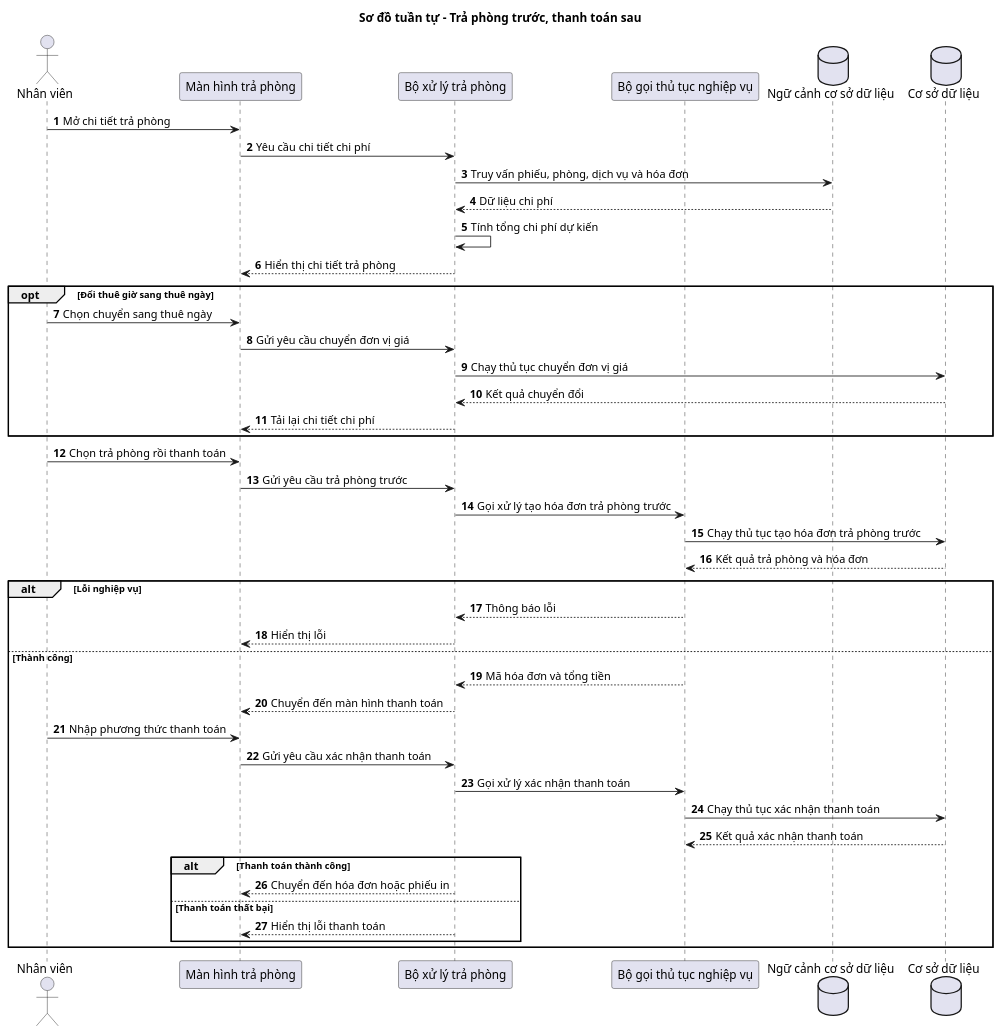
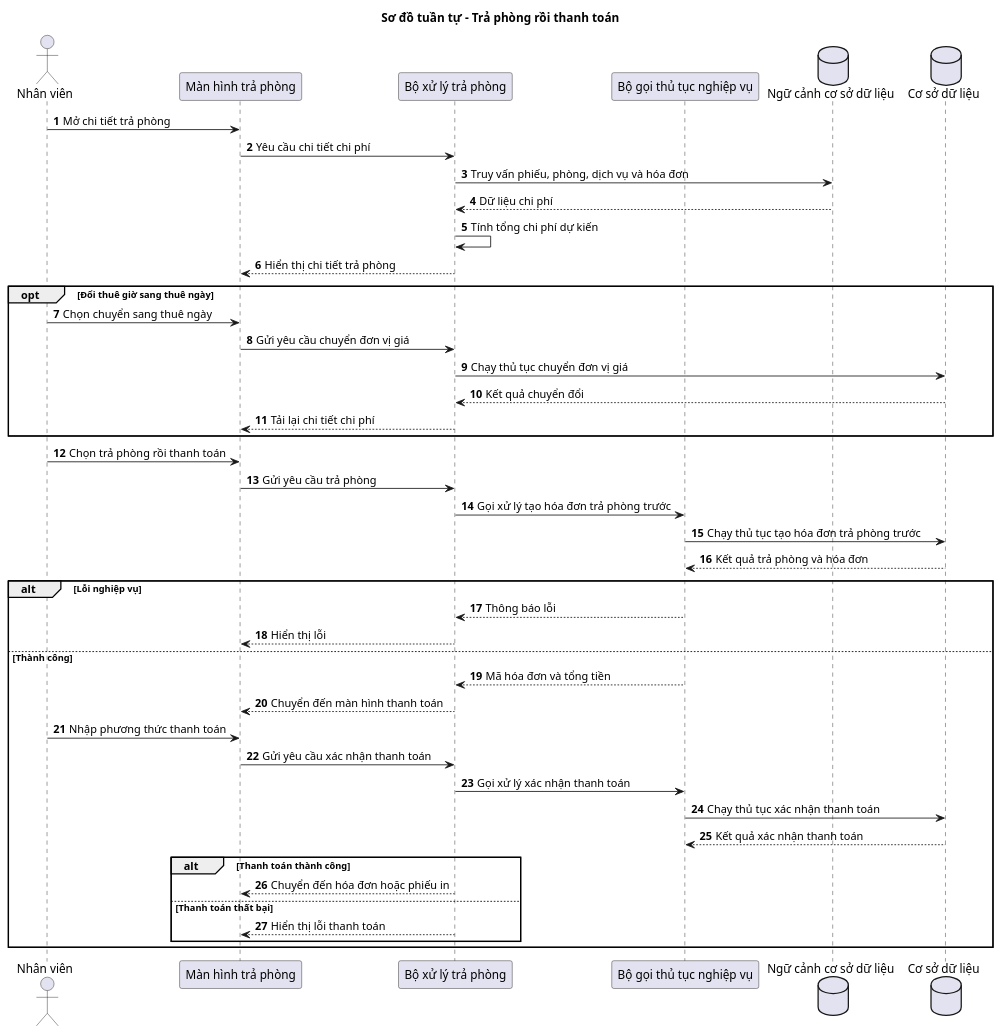
One commit to hieud3663/UHotel changed the diagram in docs/uml/plantuml/sequence/Sequence_CheckOut_CheckoutThenPay.puml. Above: the diagram before and after it, drawn with PlantUML. The commit also changed 48 other files, not shown here.

First line of the commit message:
feat(docs,ui): unify checkout flow diagrams and refresh branding visuals

```diff
--- a/docs/uml/plantuml/sequence/Sequence_CheckOut_CheckoutThenPay.puml
+++ b/docs/uml/plantuml/sequence/Sequence_CheckOut_CheckoutThenPay.puml
@@ -1,50 +1,50 @@
 @startuml Sequence_CheckOut_CheckoutThenPay
 autonumber
 skinparam shadowing false
-title Sơ đồ tuần tự - Trả phòng trước, thanh toán sau
+title Sơ đồ tuần tự - Trả phòng rồi thanh toán
 
 actor "Nhân viên" as Staff
 participant "Màn hình trả phòng" as View
 participant "Bộ xử lý trả phòng" as Controller
 participant "Bộ gọi thủ tục nghiệp vụ" as DbExt
 database "Ngữ cảnh cơ sở dữ liệu" as Db
 database "Cơ sở dữ liệu" as SQL
 
 Staff -> View: Mở chi tiết trả phòng
 View -> Controller: Yêu cầu chi tiết chi phí
 Controller -> Db: Truy vấn phiếu, phòng, dịch vụ và hóa đơn
 Db --> Controller: Dữ liệu chi phí
 Controller -> Controller: Tính tổng chi phí dự kiến
 Controller --> View: Hiển thị chi tiết trả phòng
 
 opt Đổi thuê giờ sang thuê ngày
   Staff -> View: Chọn chuyển sang thuê ngày
   View -> Controller: Gửi yêu cầu chuyển đơn vị giá
   Controller -> SQL: Chạy thủ tục chuyển đơn vị giá
   SQL --> Controller: Kết quả chuyển đổi
   Controller --> View: Tải lại chi tiết chi phí
 end
 
 Staff -> View: Chọn trả phòng rồi thanh toán
-View -> Controller: Gửi yêu cầu trả phòng trước
+View -> Controller: Gửi yêu cầu trả phòng
 Controller -> DbExt: Gọi xử lý tạo hóa đơn trả phòng trước
 DbExt -> SQL: Chạy thủ tục tạo hóa đơn trả phòng trước
 SQL --> DbExt: Kết quả trả phòng và hóa đơn
 alt Lỗi nghiệp vụ
   DbExt --> Controller: Thông báo lỗi
   Controller --> View: Hiển thị lỗi
 else Thành công
   DbExt --> Controller: Mã hóa đơn và tổng tiền
   Controller --> View: Chuyển đến màn hình thanh toán
   Staff -> View: Nhập phương thức thanh toán
   View -> Controller: Gửi yêu cầu xác nhận thanh toán
   Controller -> DbExt: Gọi xử lý xác nhận thanh toán
   DbExt -> SQL: Chạy thủ tục xác nhận thanh toán
   SQL --> DbExt: Kết quả xác nhận thanh toán
   alt Thanh toán thành công
     Controller --> View: Chuyển đến hóa đơn hoặc phiếu in
   else Thanh toán thất bại
     Controller --> View: Hiển thị lỗi thanh toán
   end
 end
 @enduml
```
